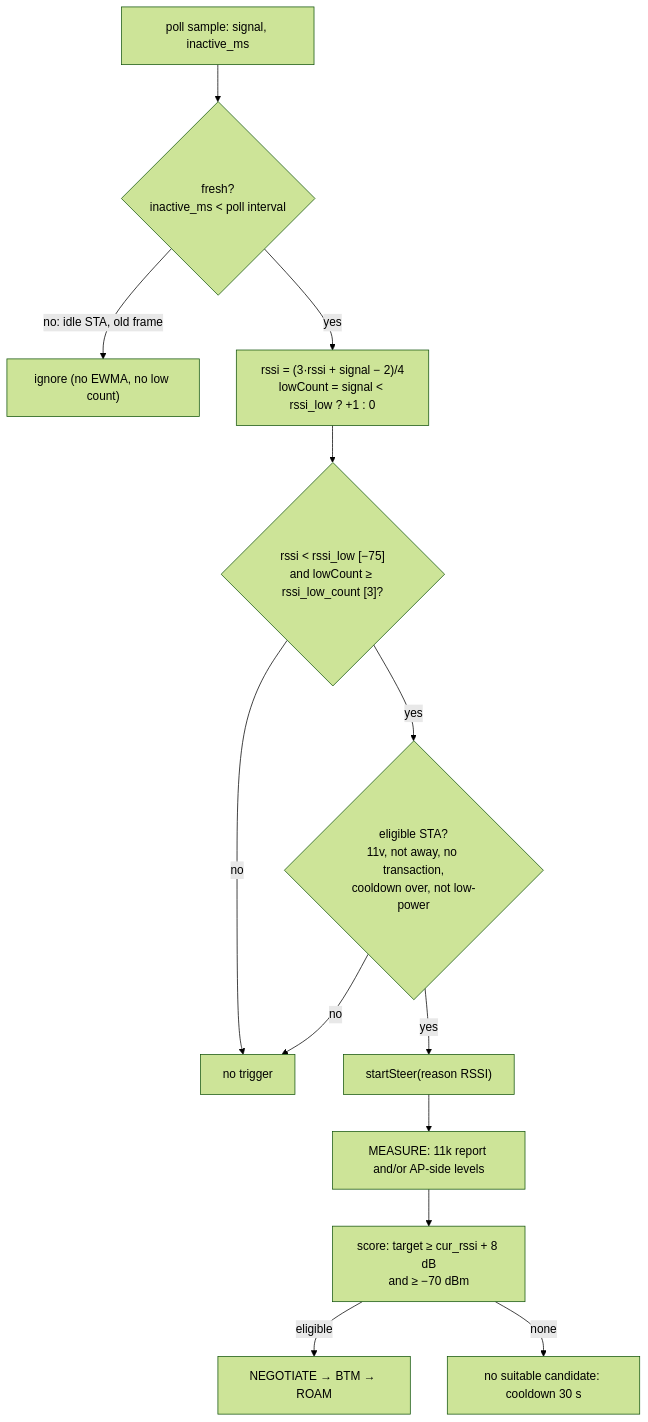
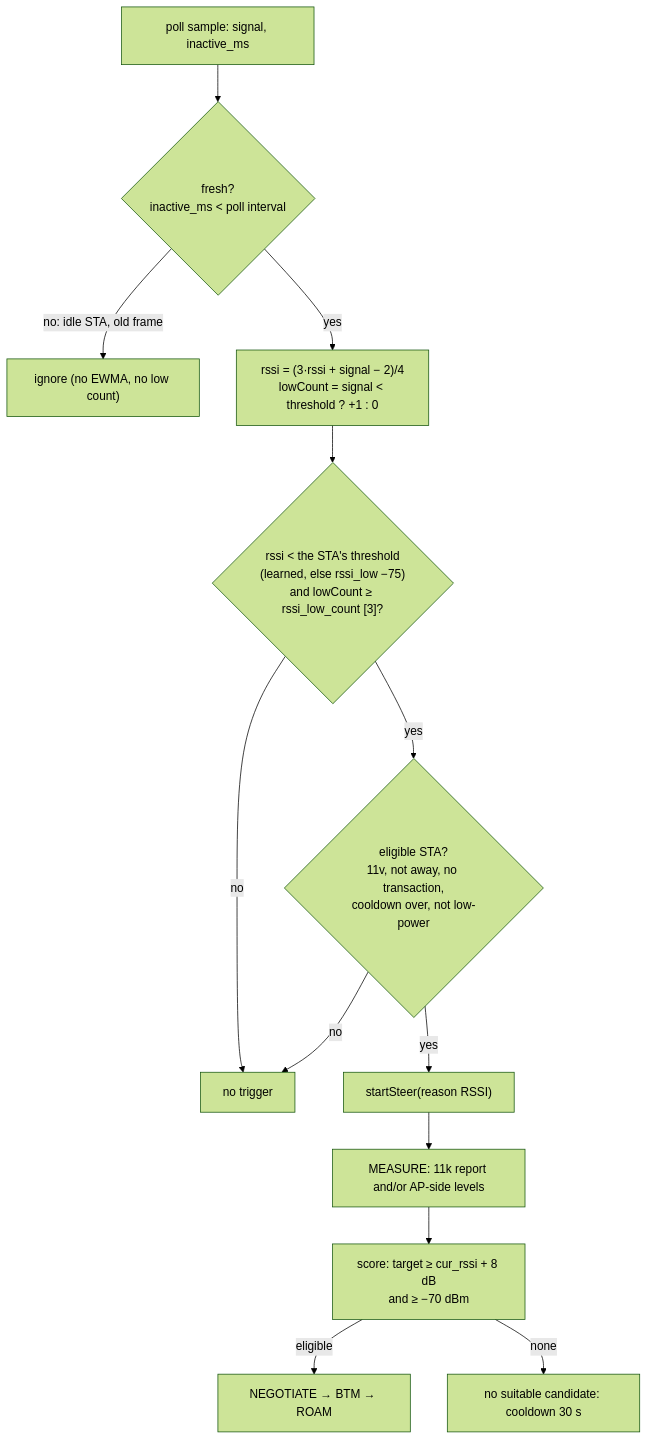
The first of 2 diagrams in docs/features/06-rssi-roaming.md (ducndc/DongHoa), drawn with Mermaid (forest theme) before and after one commit. The commit also changed other lines of this file and 23 other files, not shown here.

````diff
--- a/docs/features/06-rssi-roaming.md
+++ b/docs/features/06-rssi-roaming.md
@@ -17,15 +17,15 @@
 ```mermaid
 flowchart TB
     S["poll sample: signal, inactive_ms"] --> F{"fresh?<br/>inactive_ms < poll interval"}
     F -->|no: idle STA, old frame| N["ignore (no EWMA, no low count)"]
-    F -->|yes| E["rssi = (3·rssi + signal − 2)/4<br/>lowCount = signal < rssi_low ? +1 : 0"]
-    E --> T{"rssi < rssi_low [−75]<br/>and lowCount ≥ rssi_low_count [3]?"}
+    F -->|yes| E["rssi = (3·rssi + signal − 2)/4<br/>lowCount = signal < threshold ? +1 : 0"]
+    E --> T{"rssi < the STA's threshold<br/>(learned, else rssi_low −75)<br/>and lowCount ≥ rssi_low_count [3]?"}
     T -->|no| X["no trigger"]
     T -->|yes| G{"eligible STA?<br/>11v, not away, no transaction,<br/>cooldown over, not low-power"}
     G -->|no| X
     G -->|yes| ST["startSteer(reason RSSI)"]
     ST --> M["MEASURE: 11k report and/or AP-side levels"]
     M --> SC["score: target ≥ cur_rssi + 8 dB<br/>and ≥ −70 dBm"]
     SC -->|eligible| BTM["NEGOTIATE → BTM → ROAM"]
     SC -->|none| CD["no suitable candidate: cooldown 30 s"]
 ```
````
